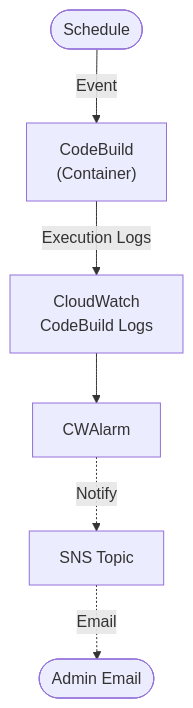
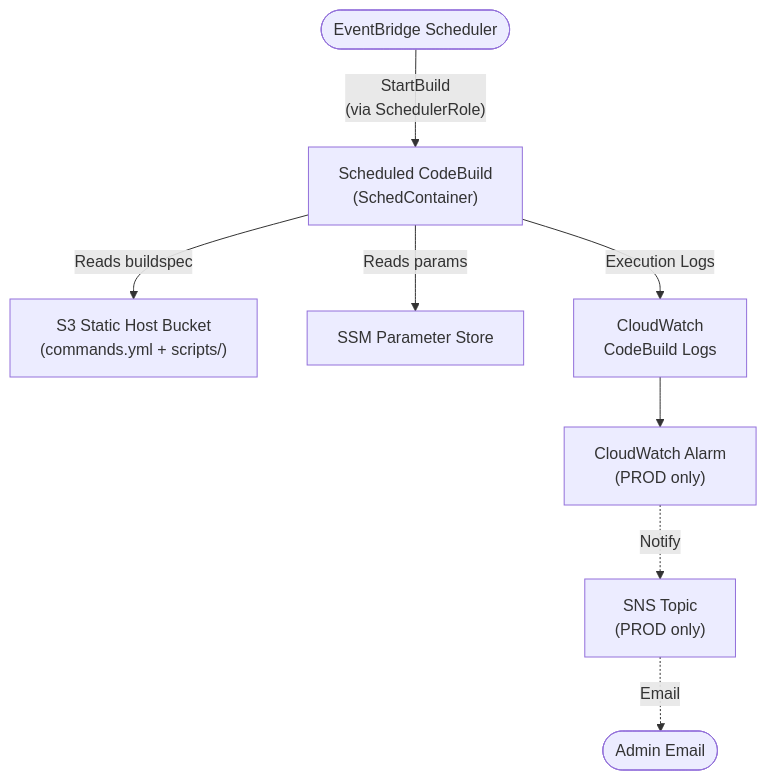
One commit to 63Klabs/atlantis-starter-03-serverless-codebuild-container changed the first of 2 diagrams in ARCHITECTURE.md. Above: the diagram before and after it, drawn with Mermaid. The commit also changed other lines of this file and 15 other files, not shown here.

````diff
--- a/ARCHITECTURE.md
+++ b/ARCHITECTURE.md
@@ -31,11 +31,12 @@
 ```mermaid
 flowchart TB
-    EventSchedule([Schedule]) -->|Event| CODEBUILD
+    EventSchedule([EventBridge Scheduler]) -->|"StartBuild<br/>(via SchedulerRole)"| CODEBUILD
 
-        CODEBUILD["CodeBuild<br/>(Container)"]
-        CODEBUILD -->|Execution Logs| CODEBUILDLogs["CloudWatch<br/>CodeBuild Logs"]
-        CODEBUILDLogs --> CWAlarm
-        CWAlarm -.->|Notify| SNS["SNS Topic"]
-        SNS -.->|Email| Email([Admin Email])
-
+    CODEBUILD["Scheduled CodeBuild<br/>(SchedContainer)"]
+    CODEBUILD -->|"Reads buildspec"| S3["S3 Static Host Bucket<br/>(commands.yml + scripts/)"]
+    CODEBUILD -->|"Reads params"| SSM["SSM Parameter Store"]
+    CODEBUILD -->|"Execution Logs"| CODEBUILDLogs["CloudWatch<br/>CodeBuild Logs"]
+    CODEBUILDLogs --> CWAlarm["CloudWatch Alarm<br/>(PROD only)"]
+    CWAlarm -.->|Notify| SNS["SNS Topic<br/>(PROD only)"]
+    SNS -.->|Email| Email([Admin Email])
 ```
````
